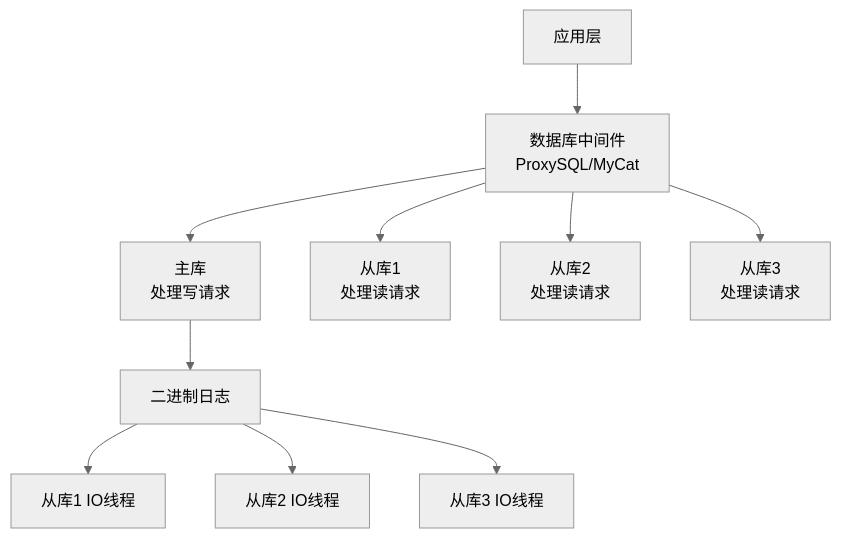
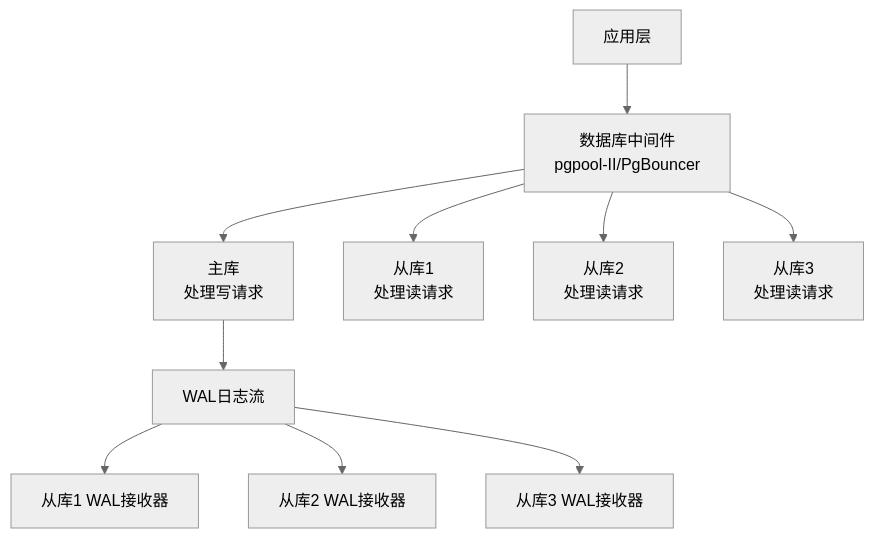
Before and after one commit to zhangshichuan/maxzhang.site: the sixth of 8 diagrams in articles/high-concurrency-system-architecture-guide.mdx, drawn with Mermaid (neutral theme). The commit also changed other lines of this file, not shown here.

Commit message:
docs: 更新文章中的mysql为pgsql & 更新图表可见度

````diff
--- a/articles/high-concurrency-system-architecture-guide.mdx
+++ b/articles/high-concurrency-system-architecture-guide.mdx
@@ -1376,13 +1376,13 @@
 ```mermaid
 graph TD
-    A[应用层] --> B[数据库中间件<br/>ProxySQL/MyCat]
+    A[应用层] --> B[数据库中间件<br/>pgpool-II/PgBouncer]
     B --> C[主库<br/>处理写请求]
     B --> D[从库1<br/>处理读请求]
     B --> E[从库2<br/>处理读请求]
     B --> F[从库3<br/>处理读请求]
 
-    C --> G[二进制日志]
-    G --> H[从库1 IO线程]
-    G --> I[从库2 IO线程]
-    G --> J[从库3 IO线程]
+    C --> G[WAL日志流]
+    G --> H[从库1 WAL接收器]
+    G --> I[从库2 WAL接收器]
+    G --> J[从库3 WAL接收器]
 ```
````
